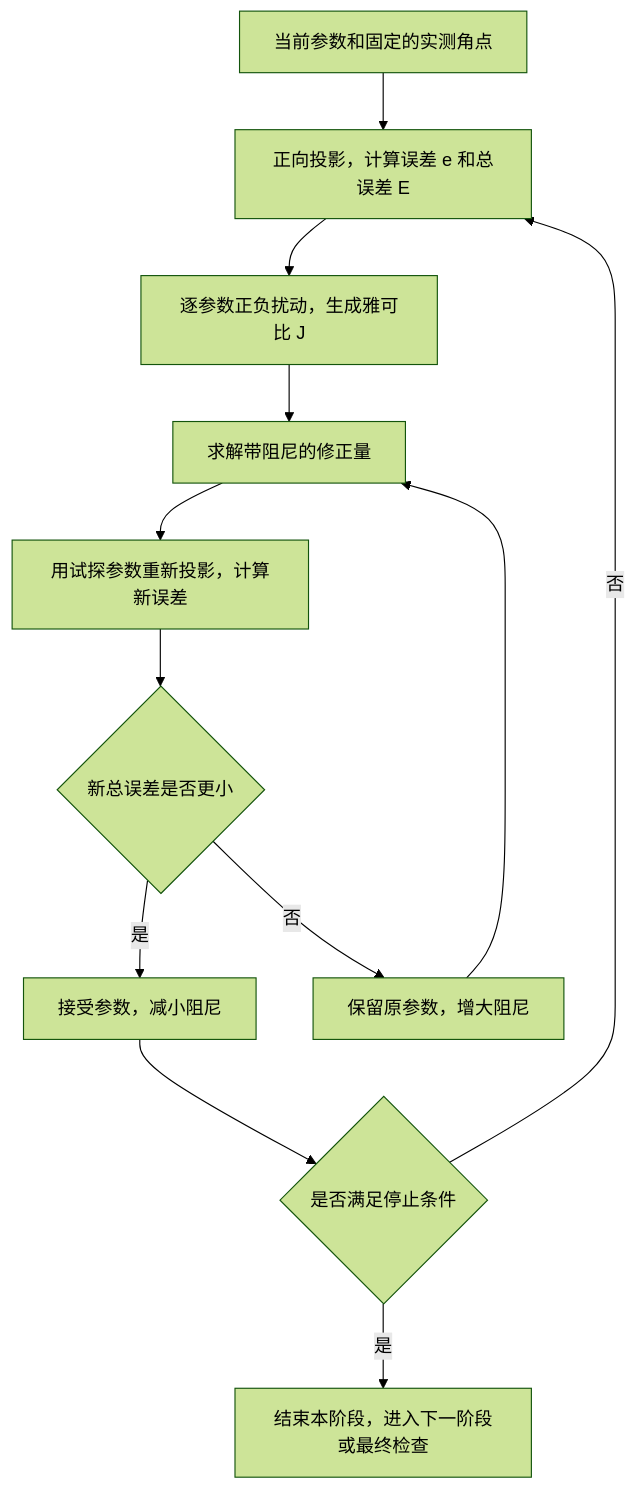
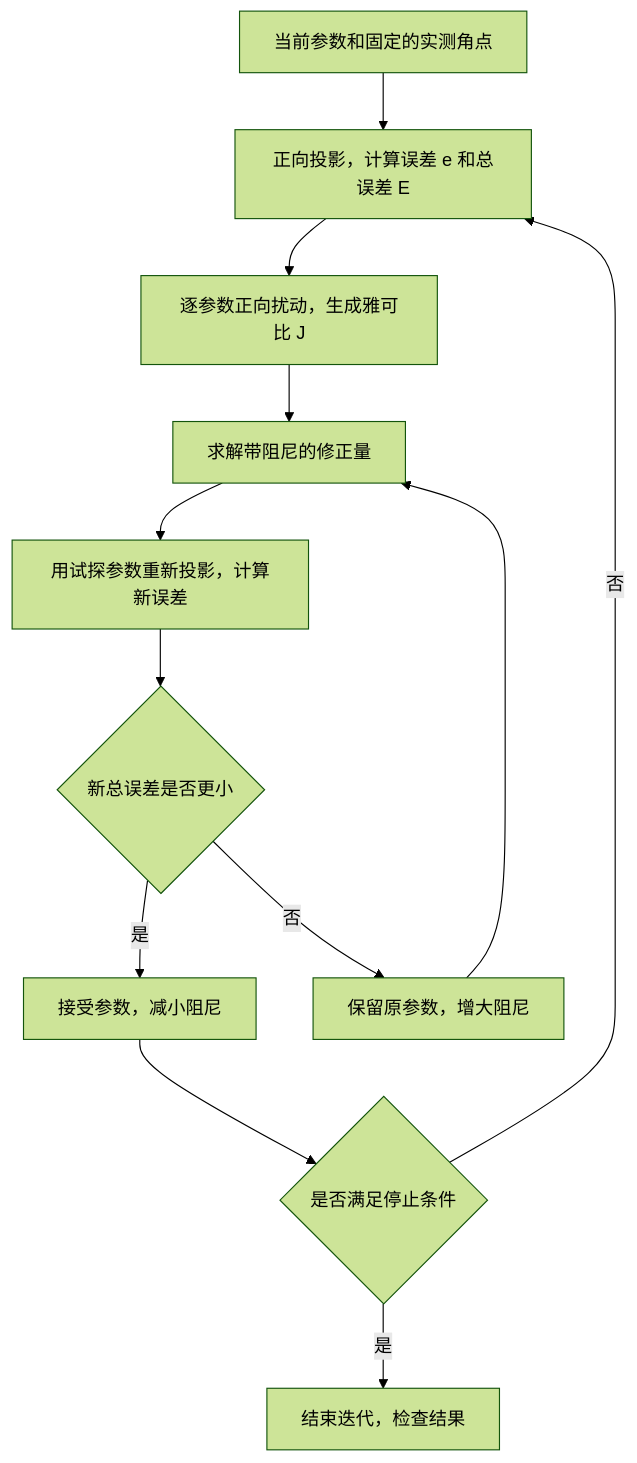
Before and after one commit to lch24/fpga_competition: the second of 2 diagrams in algorithom/closer2fpga/docs/ALGORITHM_OVERVIEW.md, drawn with Mermaid (forest theme). The commit also changed other lines of this file and 89 other files, not shown here.

````diff
--- a/algorithom/closer2fpga/docs/ALGORITHM_OVERVIEW.md
+++ b/algorithom/closer2fpga/docs/ALGORITHM_OVERVIEW.md
@@ -327,14 +312,14 @@
 ```mermaid
 flowchart TD
     A[当前参数和固定的实测角点] --> B[正向投影，计算误差 e 和总误差 E]
-    B --> C[逐参数正负扰动，生成雅可比 J]
+    B --> C[逐参数正向扰动，生成雅可比 J]
     C --> D[求解带阻尼的修正量]
     D --> F[用试探参数重新投影，计算新误差]
     F --> G{新总误差是否更小}
     G -->|是| H[接受参数，减小阻尼]
     G -->|否| I[保留原参数，增大阻尼]
     I --> D
     H --> K{是否满足停止条件}
     K -->|否| B
-    K -->|是| L[结束本阶段，进入下一阶段或最终检查]
+    K -->|是| L[结束迭代，检查结果]
 ```
````
